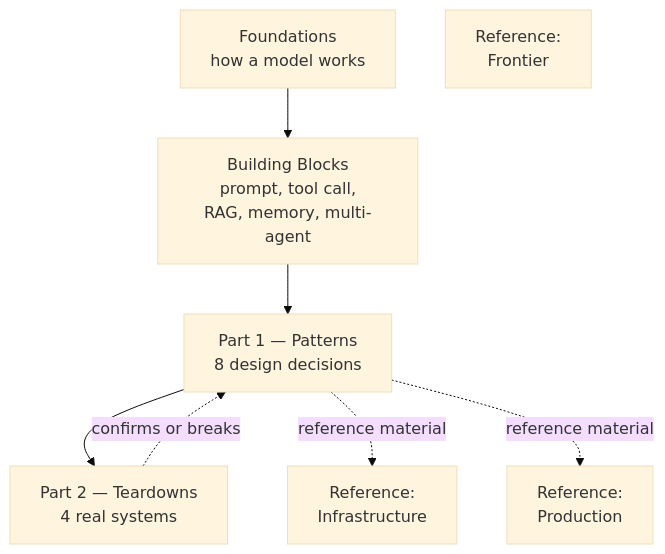
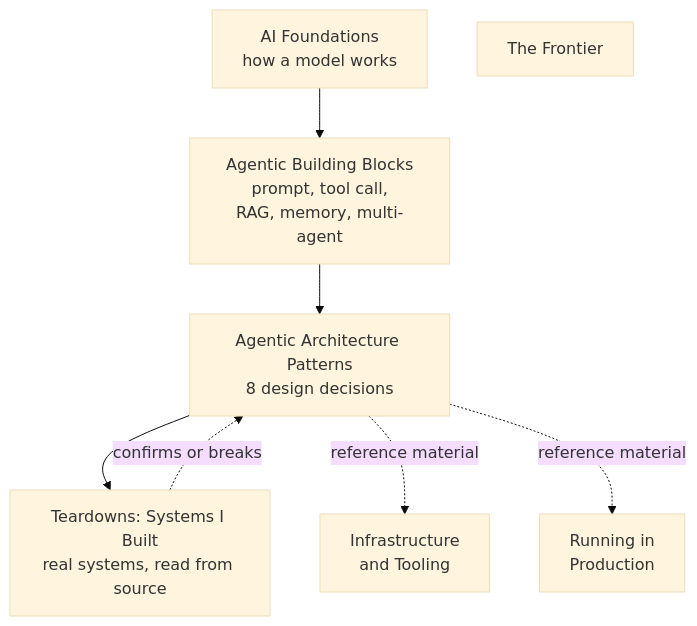
Before and after one commit to chintan-dshel/aible: the diagram in docs/intro.md, drawn with Mermaid (base theme). The commit also changed other lines of this file and 31 other files, not shown here.

````diff
--- a/docs/intro.md
+++ b/docs/intro.md
@@ -27,10 +28,12 @@
 ```mermaid
 flowchart TB
-  F["Foundations<br/>how a model works"]:::store --> B["Building Blocks<br/>prompt, tool call,<br/>RAG, memory, multi-agent"]:::agent
-  B --> P1["Part 1 — Patterns<br/>8 design decisions"]:::gate
-  P1 --> P2["Part 2 — Teardowns<br/>4 real systems"]:::orch
+  accTitle: How the site is organised
+  accDescr: AI Foundations feeds Agentic Building Blocks, which feeds Agentic Architecture Patterns, the first half of the book. That is checked against Teardowns, Systems I Built, the second half. Both halves link out to three reference sections — Infrastructure and Tooling, Running in Production, and The Frontier — entered from a chapter, not read in sequence.
+  F["AI Foundations<br/>how a model works"]:::store --> B["Agentic Building Blocks<br/>prompt, tool call,<br/>RAG, memory, multi-agent"]:::agent
+  B --> P1["Agentic Architecture Patterns<br/>8 design decisions"]:::gate
+  P1 --> P2["Teardowns: Systems I Built<br/>real systems, read from source"]:::orch
   P2 -. "confirms or breaks" .-> P1
-  P1 -. "reference material" .-> R1["Reference:<br/>Infrastructure"]:::external
-  P1 -. "reference material" .-> R2["Reference:<br/>Production"]:::external
-  R3["Reference:<br/>Frontier"]:::external
+  P1 -. "reference material" .-> R1["Infrastructure<br/>and Tooling"]:::external
+  P1 -. "reference material" .-> R2["Running in<br/>Production"]:::external
+  R3["The Frontier"]:::external
 ```
````
